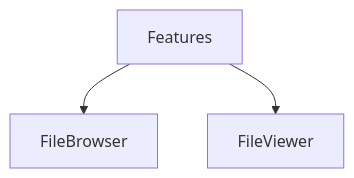
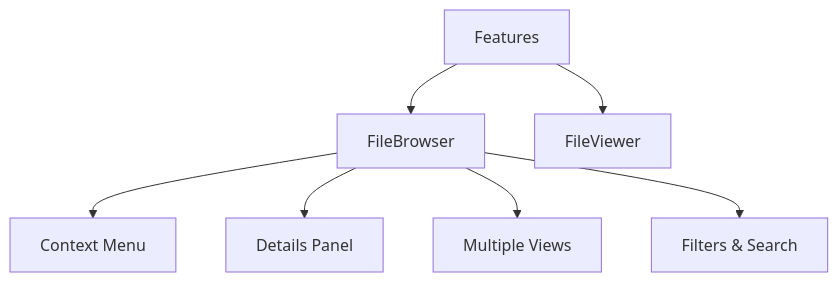
Before and after one commit to gvastethecreator/media-manager: the diagram in src/components/features/README.md, drawn with Mermaid. The commit also changed other lines of this file and 295 other files, not shown here.

First line of the commit message:
feat: Add improved contextual menu with dynamic submenus and search functionality

````diff
--- a/src/components/features/README.md
+++ b/src/components/features/README.md
@@ -8,5 +8,9 @@
 ```mermaid
 flowchart TD
     A[Features] --> B[FileBrowser]
     A --> C[FileViewer]
+    B --> D[Context Menu]
+    B --> E[Details Panel]
+    B --> F[Multiple Views]
+    B --> G[Filters & Search]
 ```
````
